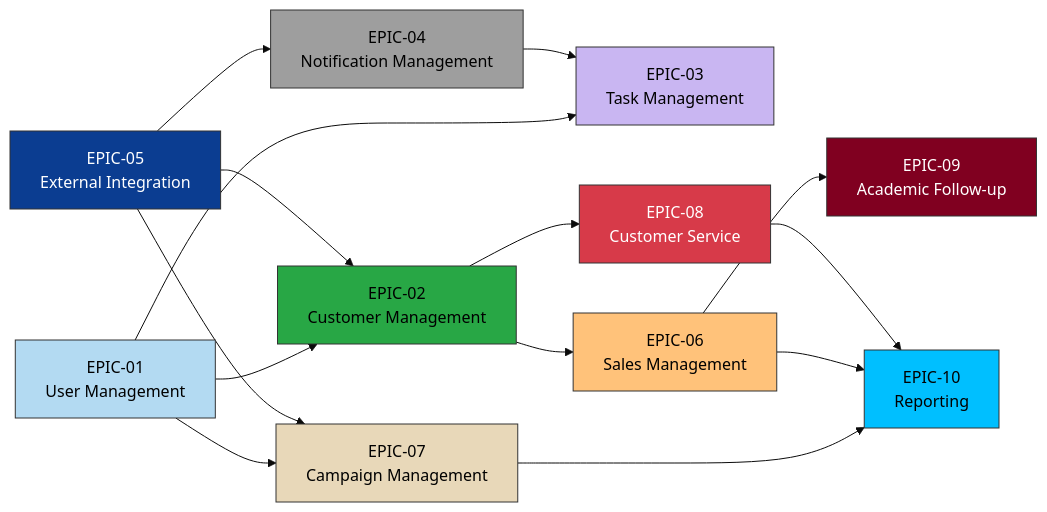
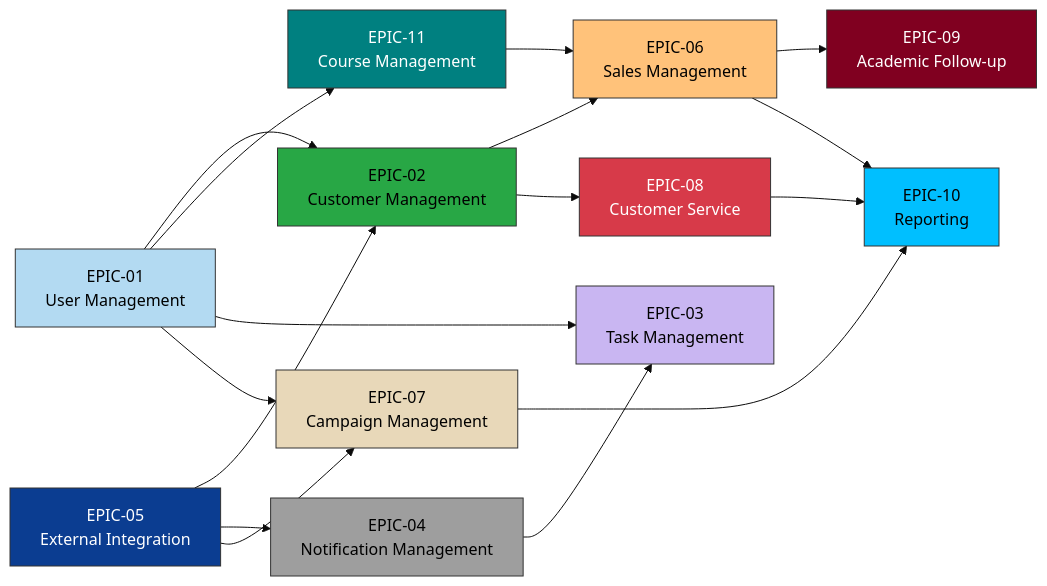
One commit to QF-MJ/crm-al-mohtaref changed the second of 2 diagrams in docs/analysis/system-overview/product-backlog.md. Above: the diagram before and after it, drawn with Mermaid (base theme). The commit also changed other lines of this file and 4 other files, not shown here.

Commit message:
update class diagram and erd

````diff
--- a/docs/analysis/system-overview/product-backlog.md
+++ b/docs/analysis/system-overview/product-backlog.md
@@ -128,36 +131,40 @@
 ```mermaid
 flowchart LR
     UM["EPIC-01<br/>User Management"]
     CM["EPIC-02<br/>Customer Management"]
     TM["EPIC-03<br/>Task Management"]
     NT["EPIC-04<br/>Notification Management"]
     IN["EPIC-05<br/>External Integration"]
     SL["EPIC-06<br/>Sales Management"]
     CP["EPIC-07<br/>Campaign Management"]
     CS["EPIC-08<br/>Customer Service"]
     AF["EPIC-09<br/>Academic Follow-up"]
     RP["EPIC-10<br/>Reporting"]
+    CR["EPIC-11<br/>Course Management"]
     style UM fill:#B3DAF2,stroke:#333,color:#000
     style CM fill:#28A745,stroke:#333,color:#000
     style TM fill:#C9B6F2,stroke:#333,color:#000
     style NT fill:#9E9E9E,stroke:#333,color:#000
     style IN fill:#0B3D91,stroke:#333,color:#fff
     style SL fill:#FFC27A,stroke:#333,color:#000
     style CP fill:#E8D8B9,stroke:#333,color:#000
     style CS fill:#D73A49,stroke:#333,color:#fff
     style AF fill:#800020,stroke:#333,color:#fff
     style RP fill:#00BFFF,stroke:#333,color:#000
+    style CR fill:#008080,stroke:#333,color:#fff
     UM --> CM
+    UM --> CR
+    CR --> SL
     CM --> SL
     SL --> AF
     IN --> CM
     CM --> CS
     UM --> TM
     NT --> TM
     IN --> NT
     UM --> CP
     IN --> CP
     CP --> RP
     SL --> RP
     CS --> RP
 ```
````
